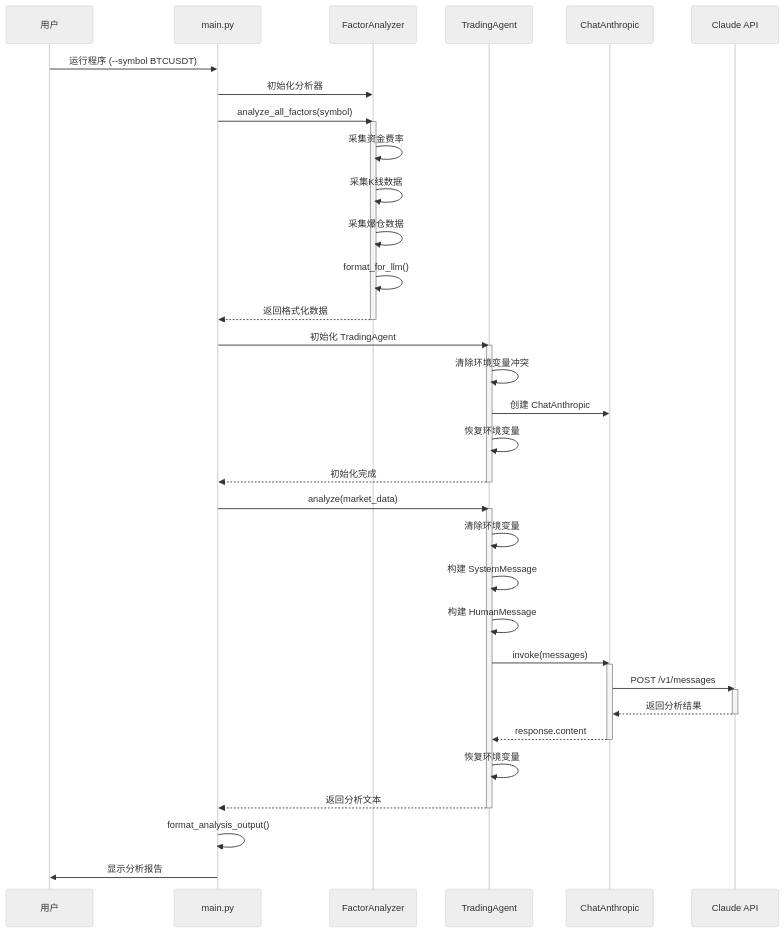
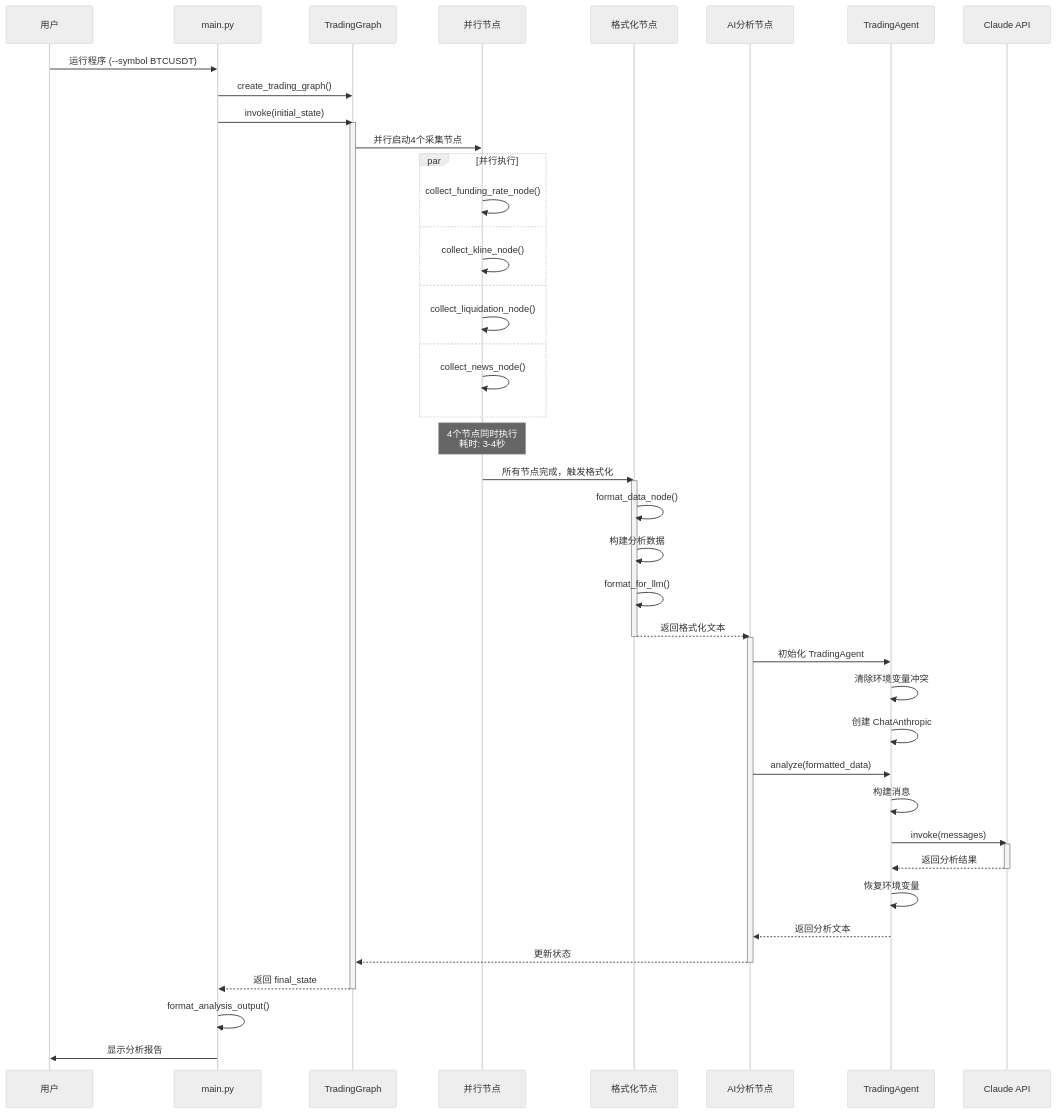
The fifth of 9 diagrams in FLOWCHART.md (tangdafu/TRADEAGENT), drawn with Mermaid (neutral theme) before and after one commit. The commit also changed other lines of this file and 12 other files, not shown here.

````diff
--- a/FLOWCHART.md
+++ b/FLOWCHART.md
@@ -88,51 +154,62 @@
 ```mermaid
 sequenceDiagram
     participant User as 用户
     participant Main as main.py
-    participant Analyzer as FactorAnalyzer
+    participant Workflow as TradingGraph
+    participant Nodes as 并行节点
+    participant Format as 格式化节点
+    participant AI as AI分析节点
     participant Agent as TradingAgent
-    participant LangChain as ChatAnthropic
     participant API as Claude API
 
     User->>Main: 运行程序 (--symbol BTCUSDT)
-    Main->>Analyzer: 初始化分析器
-    Main->>Analyzer: analyze_all_factors(symbol)
+    Main->>Workflow: create_trading_graph()
+    Main->>Workflow: invoke(initial_state)
 
-    activate Analyzer
-    Analyzer->>Analyzer: 采集资金费率
-    Analyzer->>Analyzer: 采集K线数据
-    Analyzer->>Analyzer: 采集爆仓数据
-    Analyzer->>Analyzer: format_for_llm()
-    Analyzer-->>Main: 返回格式化数据
-    deactivate Analyzer
+    activate Workflow
+    Workflow->>Nodes: 并行启动4个采集节点
 
-    Main->>Agent: 初始化 TradingAgent
-    activate Agent
+    par 并行执行
+        Nodes->>Nodes: collect_funding_rate_node()
+    and
+        Nodes->>Nodes: collect_kline_node()
+    and
+        Nodes->>Nodes: collect_liquidation_node()
+    and
+        Nodes->>Nodes: collect_news_node()
+    end
+
+    Note over Nodes: 4个节点同时执行<br/>耗时: 3-4秒
+
+    Nodes->>Format: 所有节点完成，触发格式化
+    activate Format
+    Format->>Format: format_data_node()
+    Format->>Format: 构建分析数据
+    Format->>Format: format_for_llm()
+    Format-->>AI: 返回格式化文本
+    deactivate Format
+
+    activate AI
+    AI->>Agent: 初始化 TradingAgent
     Agent->>Agent: 清除环境变量冲突
-    Agent->>LangChain: 创建 ChatAnthropic
-    Agent->>Agent: 恢复环境变量
-    Agent-->>Main: 初始化完成
-    deactivate Agent
+    Agent->>Agent: 创建 ChatAnthropic
 
-    Main->>Agent: analyze(market_data)
-    activate Agent
-    Agent->>Agent: 清除环境变量
-    Agent->>Agent: 构建 SystemMessage
-    Agent->>Agent: 构建 HumanMessage
-    Agent->>LangChain: invoke(messages)
+    AI->>Agent: analyze(formatted_data)
+    Agent->>Agent: 构建消息
+    Agent->>API: invoke(messages)
 
-    activate LangChain
-    LangChain->>API: POST /v1/messages
     activate API
-    API-->>LangChain: 返回分析结果
+    API-->>Agent: 返回分析结果
     deactivate API
-    LangChain-->>Agent: response.content
-    deactivate LangChain
 
     Agent->>Agent: 恢复环境变量
-    Agent-->>Main: 返回分析文本
-    deactivate Agent
+    Agent-->>AI: 返回分析文本
+    AI-->>Workflow: 更新状态
+    deactivate AI
+
+    Workflow-->>Main: 返回 final_state
+    deactivate Workflow
 
     Main->>Main: format_analysis_output()
     Main->>User: 显示分析报告
 ```
````
